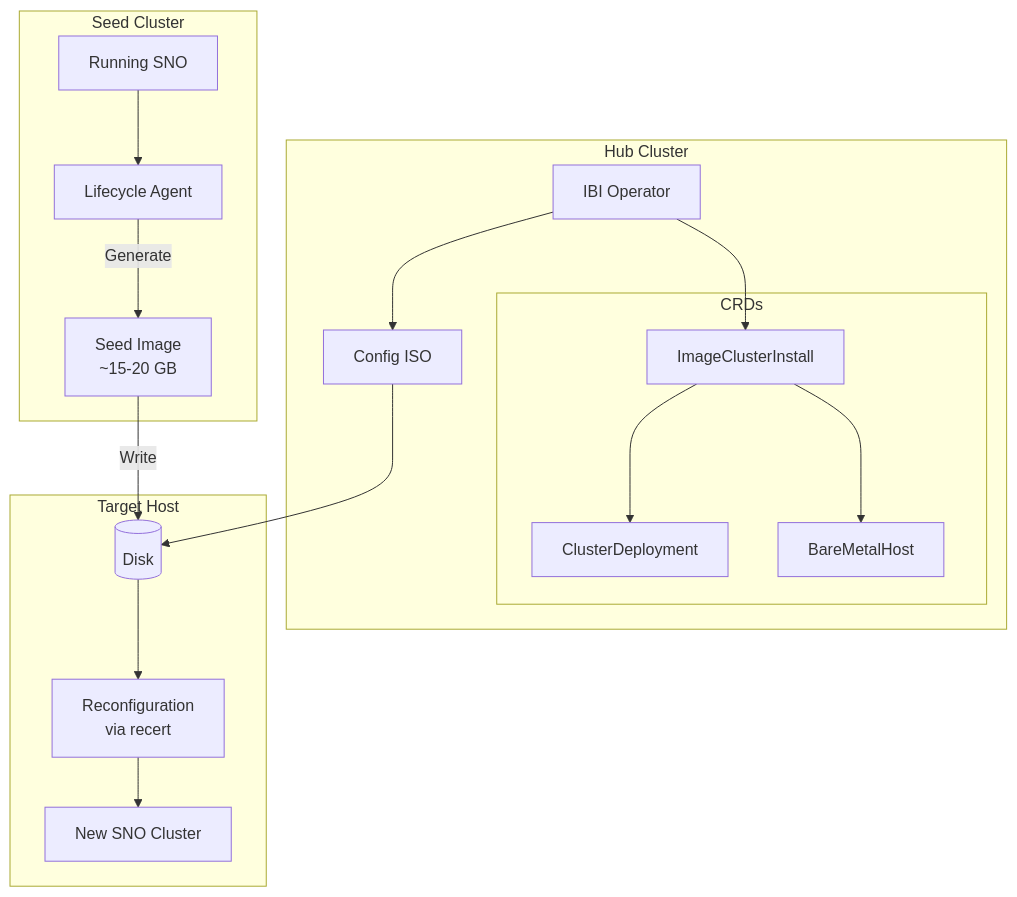
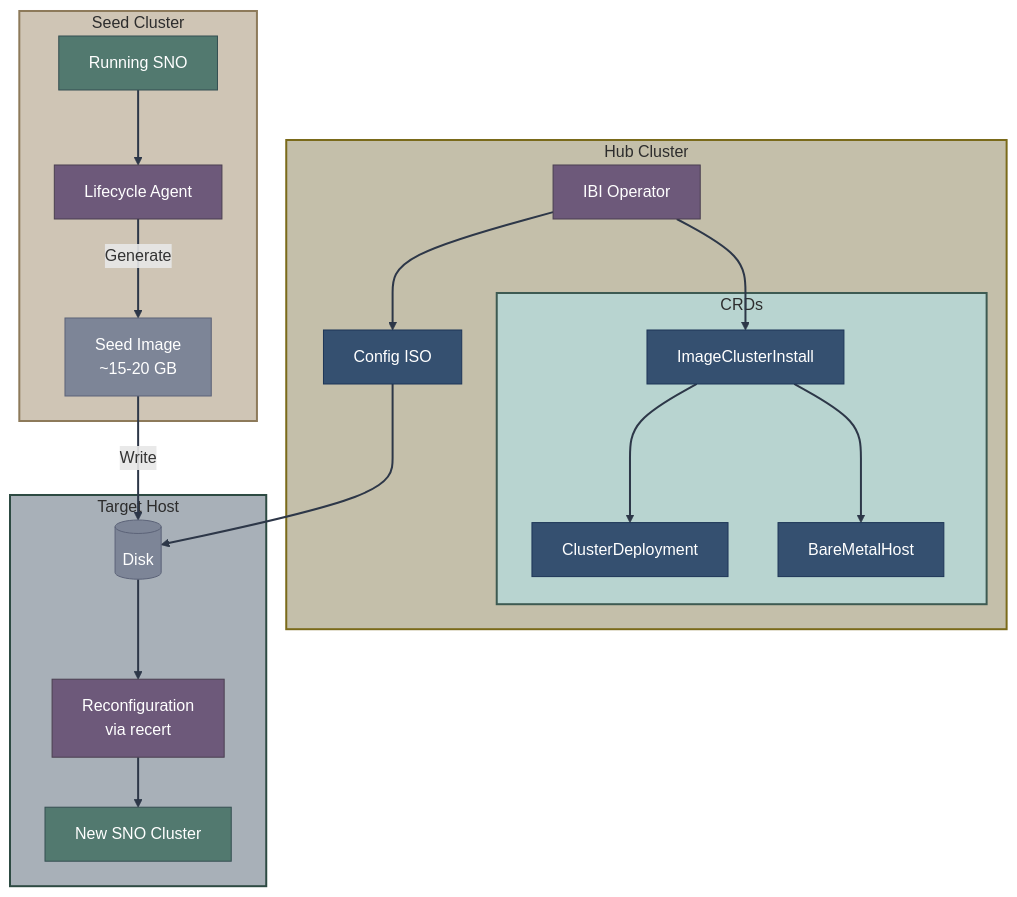
One commit to zszabo-rh/openshift-install-guide changed the fourth of 11 diagrams in 09-diagrams/component-diagrams.md. Above: the diagram before and after it, drawn with Mermaid. The commit also changed other lines of this file and 16 other files, not shown here.

Commit message:
improved diagram style

````diff
--- a/09-diagrams/component-diagrams.md
+++ b/09-diagrams/component-diagrams.md
@@ -146,39 +183,58 @@
 ```mermaid
 graph TB
-    subgraph "Seed Cluster"
+    subgraph seed["Seed Cluster"]
         SEED_SNO[Running SNO]
         LCA[Lifecycle Agent]
         SEED[Seed Image<br/>~15-20 GB]
         
         SEED_SNO --> LCA
         LCA -->|Generate| SEED
     end
     
-    subgraph "Hub Cluster"
+    subgraph hub["Hub Cluster"]
         IBI_OP[IBI Operator]
         
-        subgraph "CRDs"
+        subgraph crds["CRDs"]
             ICI[ImageClusterInstall]
             CD_IBI[ClusterDeployment]
             BMH_IBI[BareMetalHost]
         end
         
         CONFIG_ISO[Config ISO]
         
         IBI_OP --> ICI
         ICI --> CD_IBI
         ICI --> BMH_IBI
         IBI_OP --> CONFIG_ISO
     end
     
-    subgraph "Target Host"
+    subgraph target["Target Host"]
         DISK[(Disk)]
         RECERT[Reconfiguration<br/>via recert]
         NEW_SNO[New SNO Cluster]
         
         SEED -->|Write| DISK
         CONFIG_ISO --> DISK
         DISK --> RECERT
         RECERT --> NEW_SNO
     end
+    
+    style SEED_SNO fill:#52796f,stroke:#354f52,color:#fff
+    style LCA fill:#6d597a,stroke:#4a3f50,color:#fff
+    style SEED fill:#7d8597,stroke:#5c6378,color:#fff
+    style IBI_OP fill:#6d597a,stroke:#4a3f50,color:#fff
+    style ICI fill:#355070,stroke:#1d3557,color:#fff
+    style CD_IBI fill:#355070,stroke:#1d3557,color:#fff
+    style BMH_IBI fill:#355070,stroke:#1d3557,color:#fff
+    style CONFIG_ISO fill:#355070,stroke:#1d3557,color:#fff
+    style DISK fill:#7d8597,stroke:#5c6378,color:#fff
+    style RECERT fill:#6d597a,stroke:#4a3f50,color:#fff
+    style NEW_SNO fill:#52796f,stroke:#354f52,color:#fff
+    
+    style seed fill:#cfc5b5,stroke:#8d7a5a,stroke-width:2px,color:#2d2d2d
+    style hub fill:#c4bfaa,stroke:#7a6a1a,stroke-width:2px,color:#2d2d2d
+    style crds fill:#b8d4d0,stroke:#3d5a52,stroke-width:2px,color:#2d2d2d
+    style target fill:#a8b0b8,stroke:#2d4a42,stroke-width:2px,color:#2d2d2d
+    
+    linkStyle default stroke:#2d3748,stroke-width:2px
 ```
````
